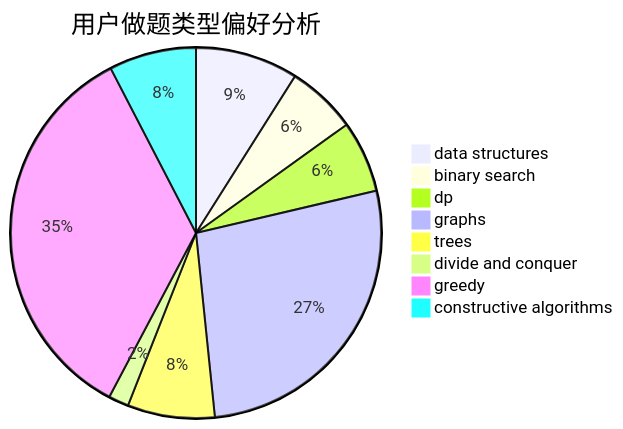
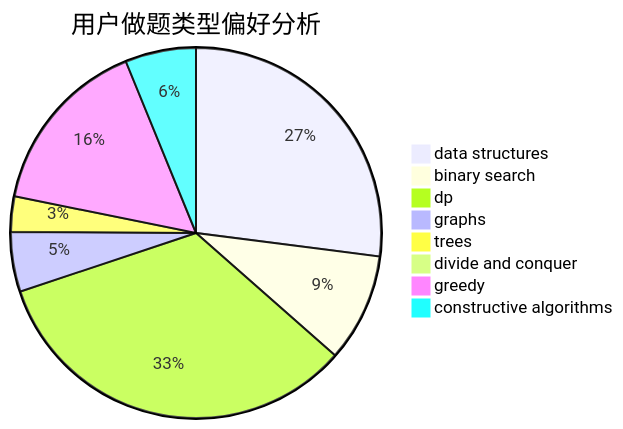
One commit to sherpahu/cfrs.github.io changed the second of 3 diagrams in docs/user/u35.md. Above: the diagram before and after it, drawn with Mermaid. The commit also changed other lines of this file and 2770 other files, not shown here.

````diff
--- a/docs/user/u35.md
+++ b/docs/user/u35.md
@@ -23,11 +23,11 @@
 ```mermaid
 pie title 用户做题类型偏好分析
-    "data structures" :  66
-    "binary search" :  45
-    "dp" :  46
-    "graphs" :  199
-    "trees" :  56
-    "divide and conquer" :  13
-    "greedy" :  255
-    "constructive algorithms" :  56
+    "data structures" :  140
+    "binary search" :  49
+    "dp" :  173
+    "graphs" :  27
+    "trees" :  16
+    "divide and conquer" :  2
+    "greedy" :  81
+    "constructive algorithms" :  32
 ```
````
